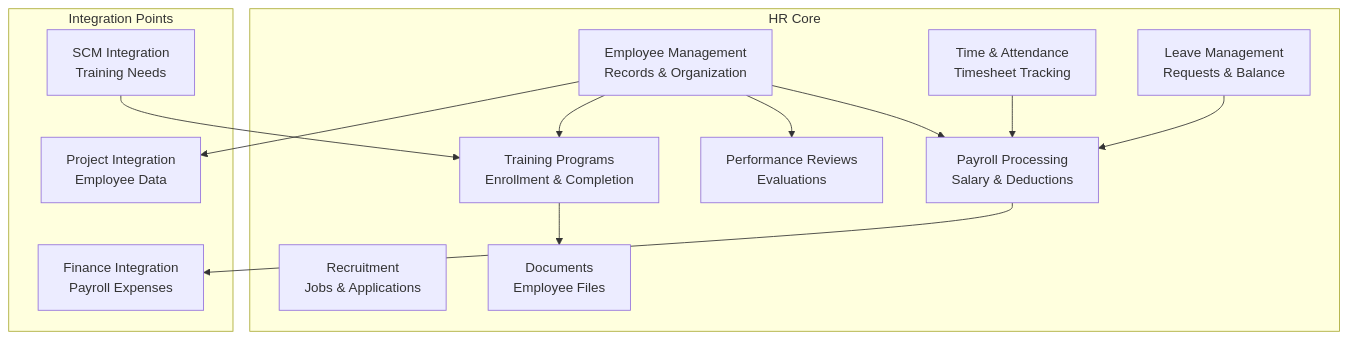
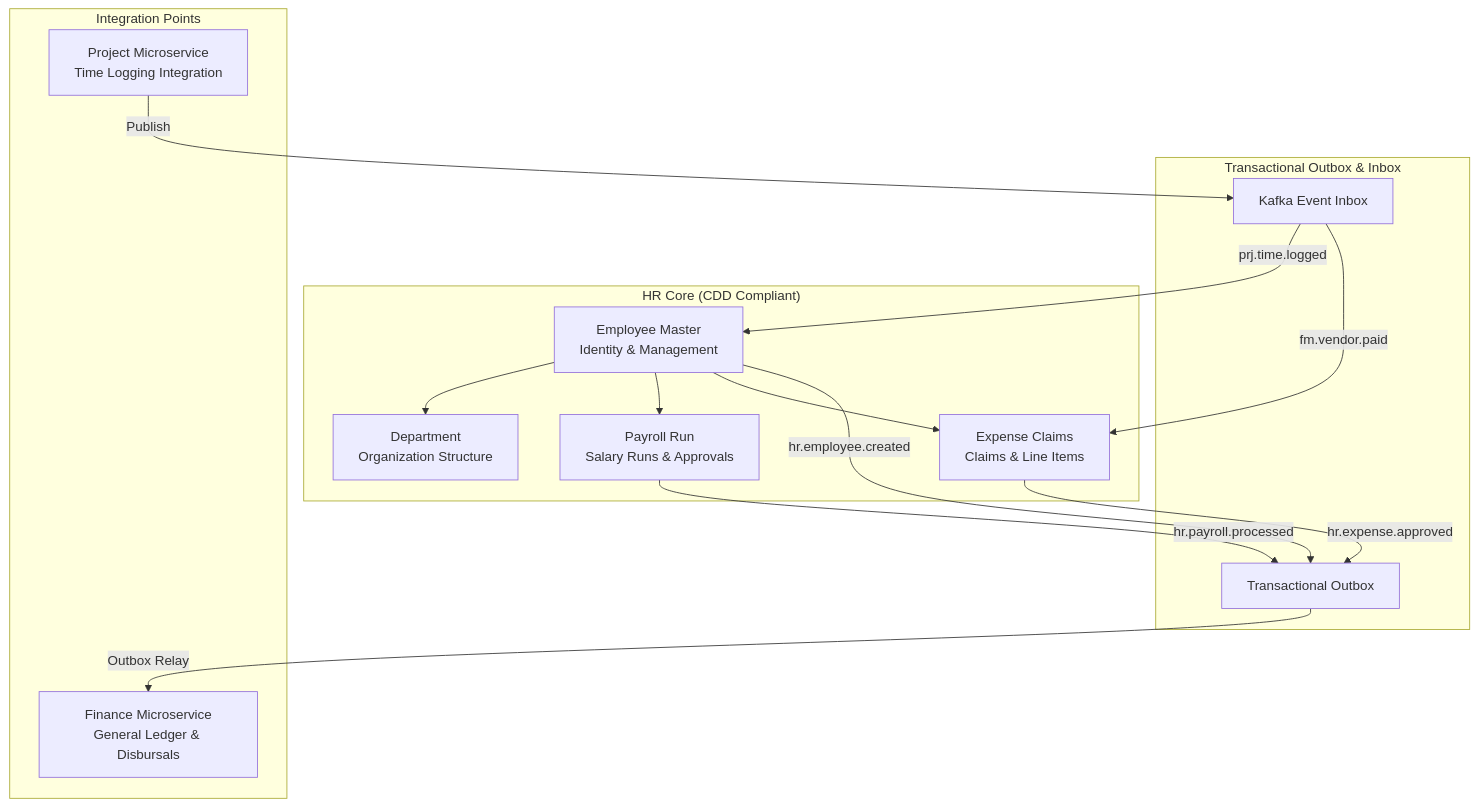
Before and after one commit to barbarnyarnyar/erp-system: the diagram in documentation/modules/human-resources/README.md, drawn with Mermaid. The commit also changed other lines of this file and 52 other files, not shown here.

````diff
--- a/documentation/modules/human-resources/README.md
+++ b/documentation/modules/human-resources/README.md
@@ -7,29 +7,30 @@
 ```mermaid
 graph TB
-    subgraph "HR Core"
-        EMP[Employee Management<br/>Records & Organization]
-        PAY[Payroll Processing<br/>Salary & Deductions]
-        TIME[Time & Attendance<br/>Timesheet Tracking]
-        LEAVE[Leave Management<br/>Requests & Balance]
-        REC[Recruitment<br/>Jobs & Applications]
-        PERF[Performance Reviews<br/>Evaluations]
-        TRN[Training Programs<br/>Enrollment & Completion]
-        DOC[Documents<br/>Employee Files]
+    subgraph "HR Core (CDD Compliant)"
+        EMP[Employee Master<br/>Identity & Management]
+        DEPT[Department<br/>Organization Structure]
+        PAY[Payroll Run<br/>Salary Runs & Approvals]
+        EXP[Expense Claims<br/>Claims & Line Items]
+    end
+
+    subgraph "Transactional Outbox & Inbox"
+        OBX[Transactional Outbox]
+        IBX[Kafka Event Inbox]
     end
 
     subgraph "Integration Points"
-        FM_INT[Finance Integration<br/>Payroll Expenses]
-        PM_INT[Project Integration<br/>Employee Data]
-        SCM_INT[SCM Integration<br/>Training Needs]
+        FM_INT[Finance Microservice<br/>General Ledger & Disbursals]
+        PM_INT[Project Microservice<br/>Time Logging Integration]
     end
 
+    EMP --> DEPT
     EMP --> PAY
-    TIME --> PAY
-    LEAVE --> PAY
-    EMP --> PERF
-    EMP --> TRN
-    PAY --> FM_INT
-    EMP --> PM_INT
-    TRN --> DOC
-    SCM_INT --> TRN
+    EMP --> EXP
+    PAY -->|hr.payroll.processed| OBX
+    EXP -->|hr.expense.approved| OBX
+    EMP -->|hr.employee.created| OBX
+    IBX -->|prj.time.logged| EMP
+    IBX -->|fm.vendor.paid| EXP
+    OBX -->|Outbox Relay| FM_INT
+    PM_INT -->|Publish| IBX
 ```
````
